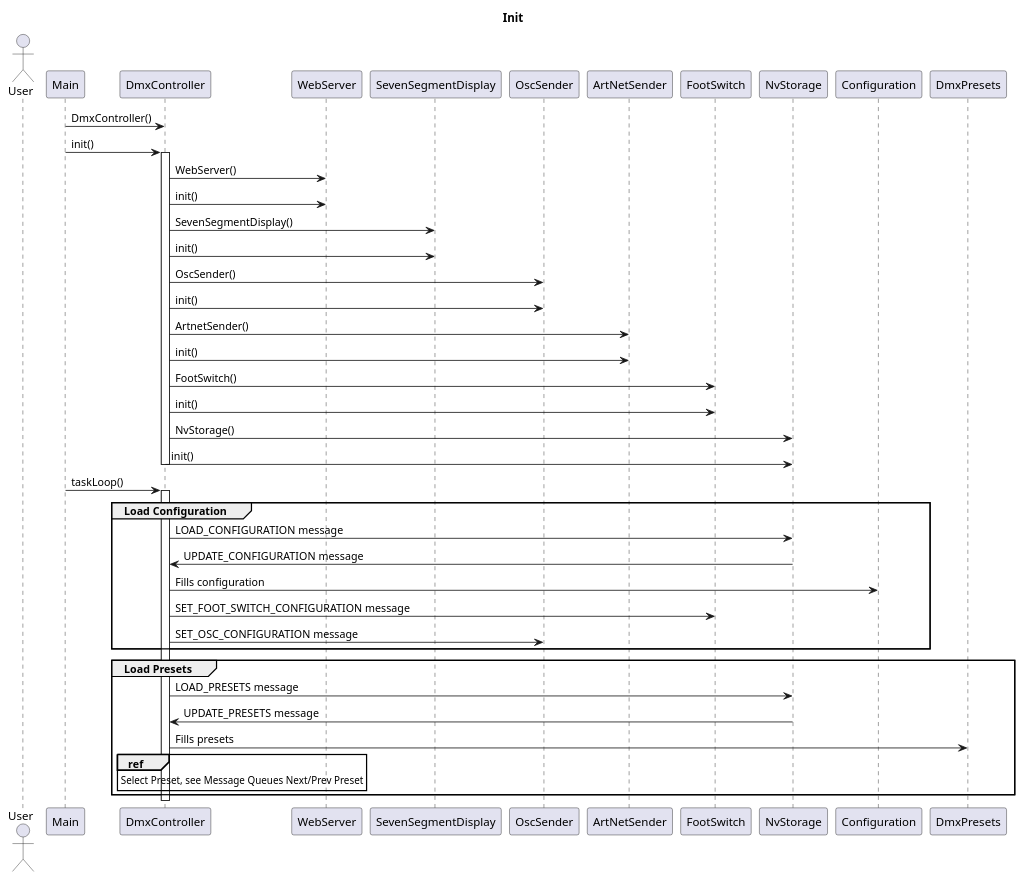
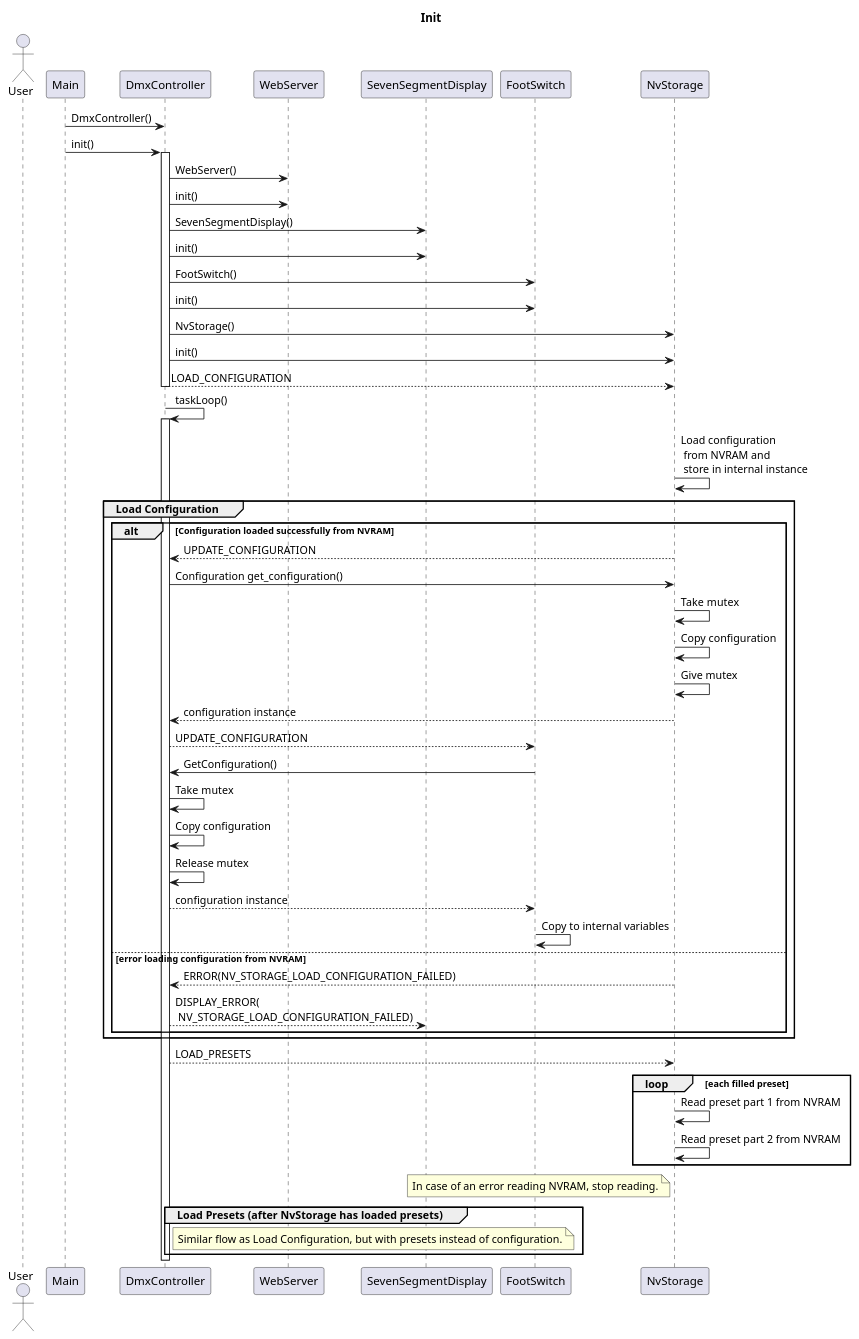
The fifth of 8 diagrams in Documentation/software_design.puml (michelkeijzers/Esp32DmxController), drawn with PlantUML before and after one commit. The commit also changed other lines of this file and 1 other file, not shown here.

Commit message:
Updated UML diagrams

```diff
--- a/Documentation/software_design.puml
+++ b/Documentation/software_design.puml
@@ -277,49 +296,68 @@
 @startuml 
 title Init
 
 actor User
 participant Main
 participant DmxController
 participant WebServer
 participant SevenSegmentDisplay
-participant OscSender
-participant ArtNetSender
 participant FootSwitch
 participant NvStorage
-
 
 Main -> DmxController : DmxController()
 Main -> DmxController : init()
 activate DmxController
     DmxController -> WebServer : WebServer()
     DmxController -> WebServer : init() 
     DmxController -> SevenSegmentDisplay: SevenSegmentDisplay()
     DmxController -> SevenSegmentDisplay : init()
-    DmxController -> OscSender : OscSender()
-    DmxController -> OscSender : init()
-    DmxController -> ArtNetSender : ArtnetSender()
-    DmxController -> ArtNetSender : init()
     DmxController -> FootSwitch : FootSwitch()
     DmxController -> FootSwitch : init()
     DmxController -> NvStorage : NvStorage()
     DmxController -> NvStorage : init()
+    DmxController --> NvStorage : LOAD_CONFIGURATION
 deactivate DmxController
 
-Main -> DmxController : taskLoop()
+DmxController -> DmxController : taskLoop() 
+
 activate DmxController
+    NvStorage -> NvStorage : Load configuration \n from NVRAM and \n store in internal instance
     group Load Configuration
-        DmxController -> NvStorage : LOAD_CONFIGURATION message
-        NvStorage -> DmxController : UPDATE_CONFIGURATION message
-        DmxController -> Configuration : Fills configuration
-        DmxController -> FootSwitch : SET_FOOT_SWITCH_CONFIGURATION message
-        DmxController -> OscSender : SET_OSC_CONFIGURATION message
+        alt Configuration loaded successfully from NVRAM
+            NvStorage --> DmxController : UPDATE_CONFIGURATION
+            DmxController -> NvStorage : Configuration get_configuration()
+            NvStorage -> NvStorage : Take mutex
+            NvStorage -> NvStorage : Copy configuration
+            NvStorage -> NvStorage : Give mutex
+            NvStorage --> DmxController : configuration instance
+            DmxController --> FootSwitch : UPDATE_CONFIGURATION
+            FootSwitch -> DmxController : GetConfiguration()
+            DmxController -> DmxController : Take mutex
+            DmxController -> DmxController : Copy configuration 
+            DmxController -> DmxController : Release mutex
+            DmxController --> FootSwitch : configuration instance
+            FootSwitch -> FootSwitch : Copy to internal variables
+            
+        else error loading configuration from NVRAM 
+            NvStorage --> DmxController : ERROR(NV_STORAGE_LOAD_CONFIGURATION_FAILED)
+            DmxController --> SevenSegmentDisplay : DISPLAY_ERROR(\n NV_STORAGE_LOAD_CONFIGURATION_FAILED)
+        end
     end
 
-    group Load Presets
-        DmxController -> NvStorage : LOAD_PRESETS message 
-        NvStorage -> DmxController : UPDATE_PRESETS message
-        DmxController -> DmxPresets : Fills presets
-        ref over DmxController : Select Preset, see Message Queues Next/Prev Preset
+    DmxController --> NvStorage : LOAD_PRESETS
+    loop each filled preset
+        NvStorage -> NvStorage : Read preset part 1 from NVRAM
+        NvStorage -> NvStorage : Read preset part 2 from NVRAM
+    end
+
+    note left of NvStorage
+        In case of an error reading NVRAM, stop reading.
+    end note
+
+    group Load Presets (after NvStorage has loaded presets)
+        note right of DmxController
+            Similar flow as Load Configuration, but with presets instead of configuration.
+        end note
     end
 deactivate DmxController
 @enduml 
```
